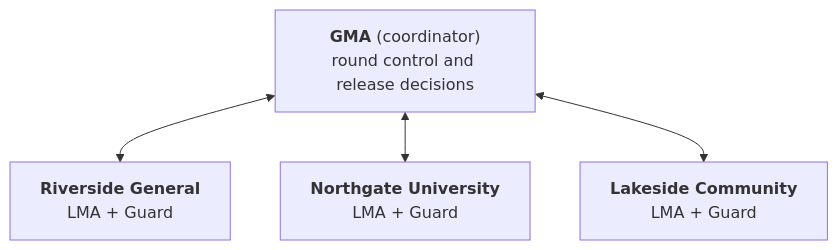
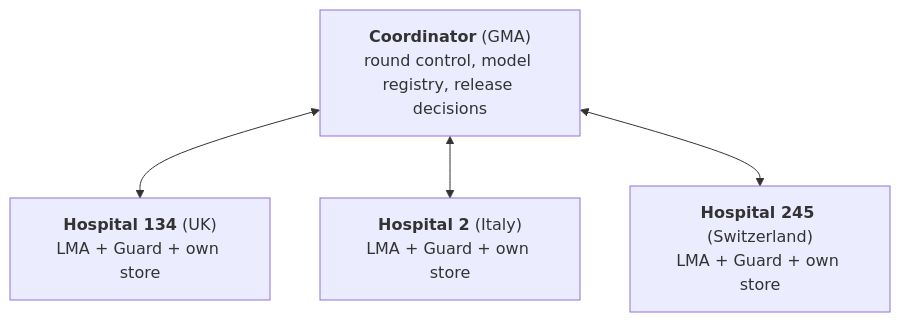
One commit to pradyunuydarp/Dagents changed the diagram in apps/healthcare-demo/README.md. Above: the diagram before and after it, drawn with Mermaid. The commit also changed other lines of this file and 174 other files, not shown here.

````diff
--- a/apps/healthcare-demo/README.md
+++ b/apps/healthcare-demo/README.md
@@ -142,8 +288,8 @@
 ```mermaid
 flowchart TB
-    GMA["<b>GMA</b> (coordinator)<br/>round control and release decisions"]
-    R["<b>Riverside General</b><br/>LMA + Guard"]
-    N["<b>Northgate University</b><br/>LMA + Guard"]
-    L["<b>Lakeside Community</b><br/>LMA + Guard"]
-    GMA <--> R & N & L
+    GMA["<b>Coordinator</b> (GMA)<br/>round control, model registry, release decisions"]
+    U["<b>Hospital 134</b> (UK)<br/>LMA + Guard + own store"]
+    I["<b>Hospital 2</b> (Italy)<br/>LMA + Guard + own store"]
+    C["<b>Hospital 245</b> (Switzerland)<br/>LMA + Guard + own store"]
+    GMA <--> U & I & C
 ```
````
